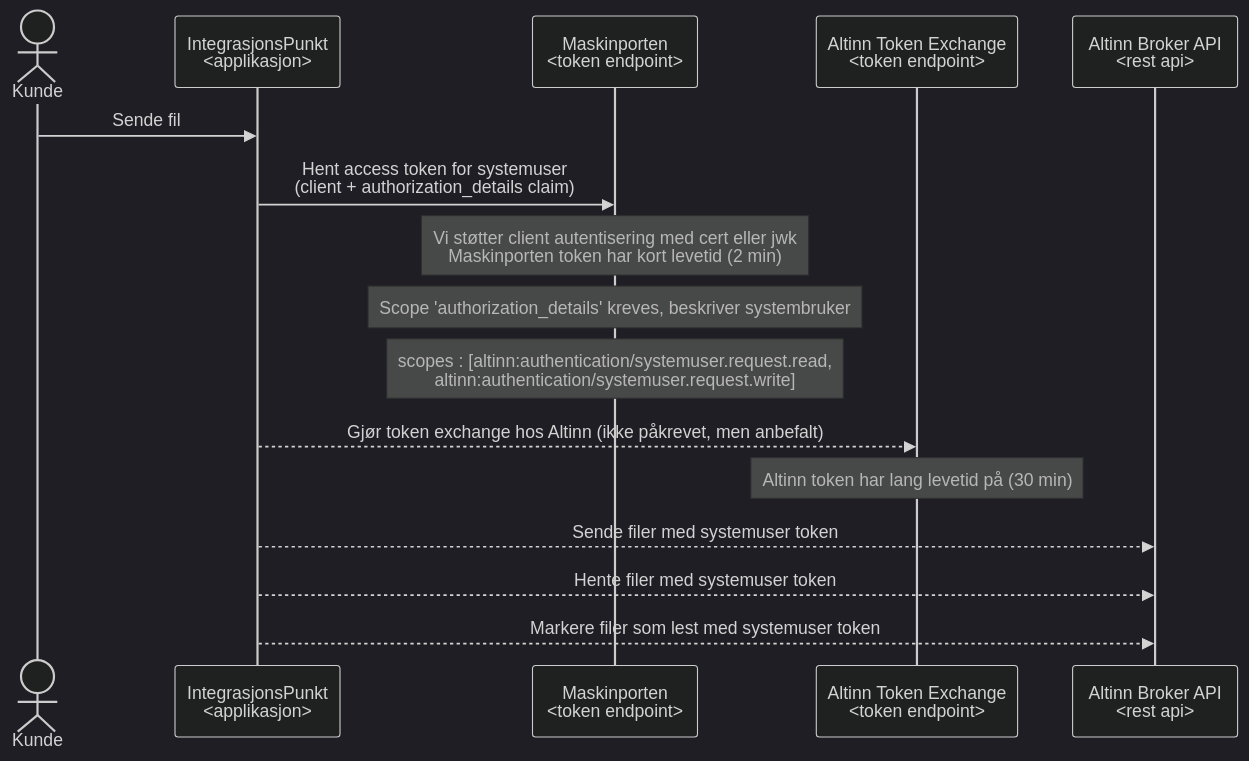
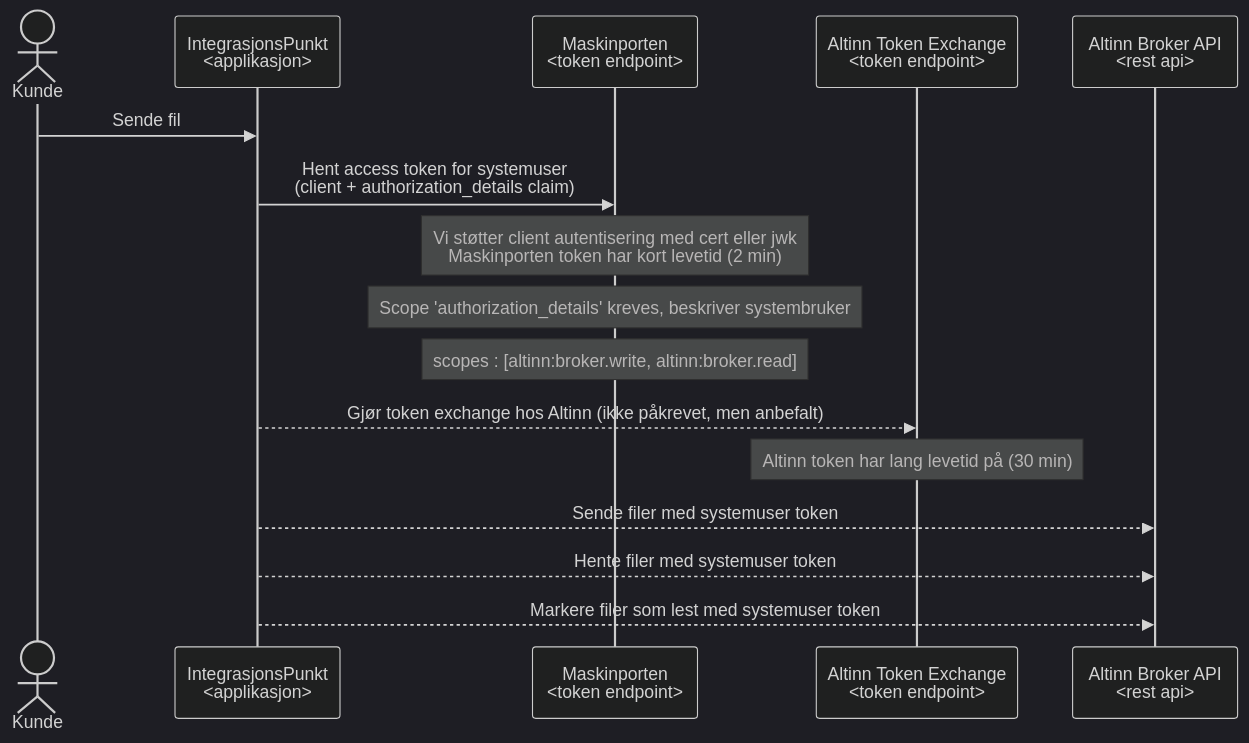
One commit to felleslosninger/efm-integrasjonspunkt changed the third of 3 diagrams in altinn-v3-client/altinn_dpo.md. Above: the diagram before and after it, drawn with Mermaid (dark theme). The commit also changed 1 other file, not shown here.

Commit message:
Fikset token for sekvensdiagram som viser DPO bruk

````diff
--- a/altinn-v3-client/altinn_dpo.md
+++ b/altinn-v3-client/altinn_dpo.md
@@ -65,20 +65,20 @@
 ```mermaid
 sequenceDiagram
     actor K as Kunde
     participant IP as IntegrasjonsPunkt<br><applikasjon>
     participant M as Maskinporten<br><token endpoint>
     participant AT as Altinn Token Exchange<br><token endpoint>
     participant AB as Altinn Broker API<br><rest api>
     
     K->>IP: Sende fil
     IP->>M: Hent access token for systemuser<br>(client + authorization_details claim)
     note over M : Vi støtter client autentisering med cert eller jwk<br>Maskinporten token har kort levetid (2 min)
     note over M : Scope 'authorization_details' kreves, beskriver systembruker 
-    note over M : scopes : [altinn:authentication/systemuser.request.read,<br>altinn:authentication/systemuser.request.write]
+    note over M : scopes : [altinn:broker.write, altinn:broker.read]
 
 IP-->>AT: Gjør token exchange hos Altinn (ikke påkrevet, men anbefalt)
     note over AT : Altinn token har lang levetid på (30 min)
     IP-->>AB: Sende filer med systemuser token
     IP-->>AB: Hente filer med systemuser token
     IP-->>AB: Markere filer som lest med systemuser token
 ```
````
